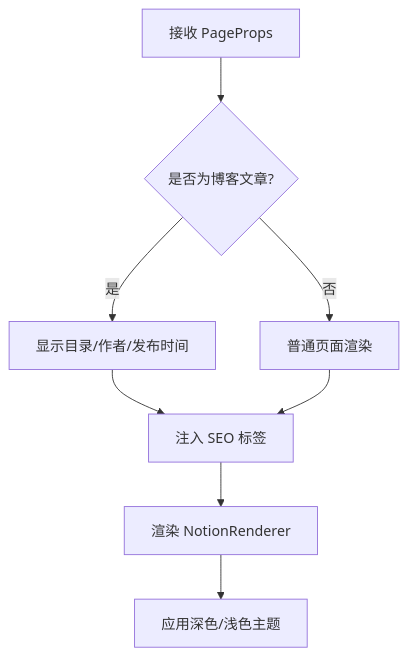
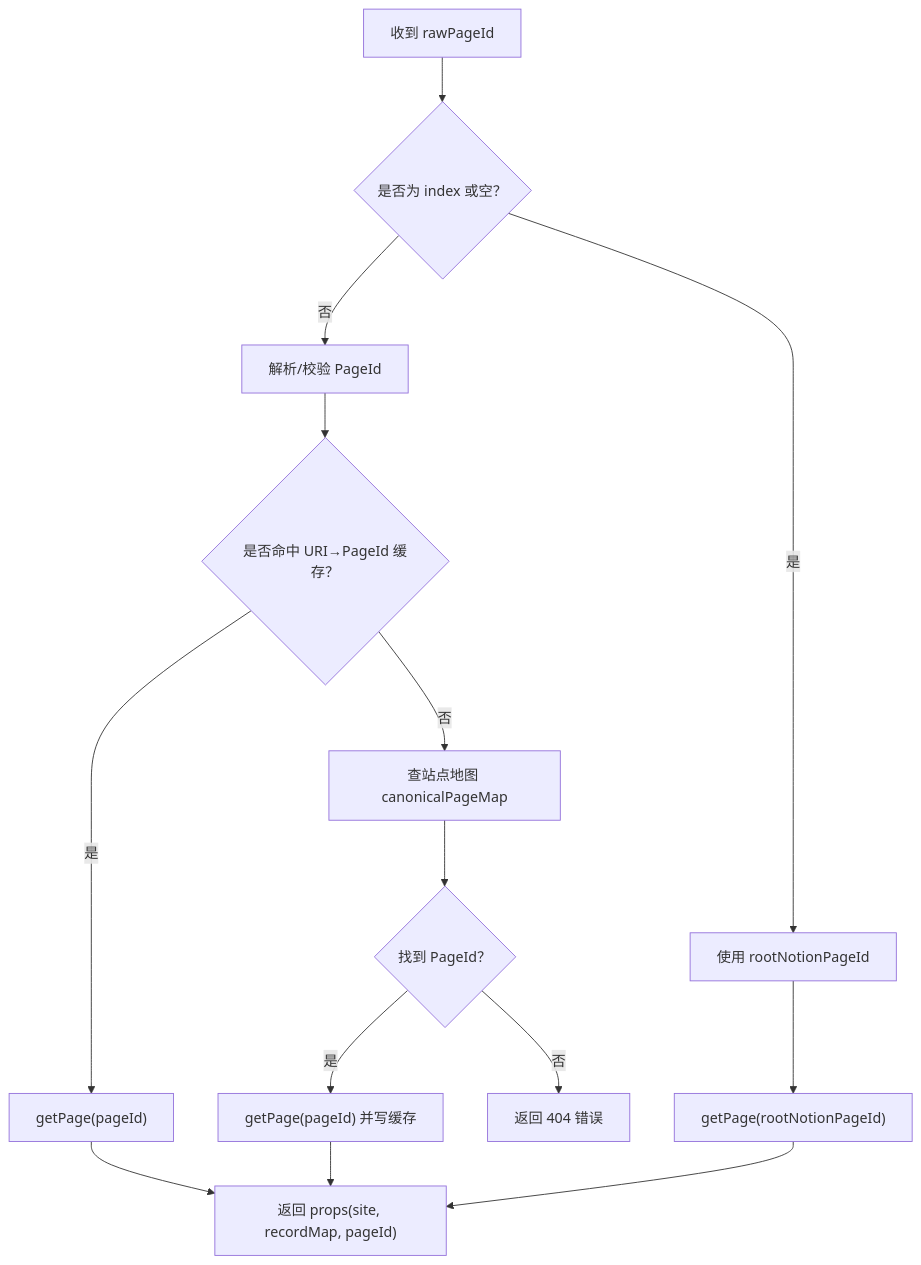
Before and after one commit to PhysicalMouse/nextjs-notion-starter-kit: the fifth of 7 diagrams in .qoder/repowiki/zh/content/项目概述.md, drawn with Mermaid. The commit also changed other lines of this file and 186 other files, not shown here.

````diff
--- a/.qoder/repowiki/zh/content/项目概述.md
+++ b/.qoder/repowiki/zh/content/项目概述.md
@@ -191,10 +220,16 @@
 ```mermaid
 flowchart TD
-A["接收 PageProps"] --> B{"是否为博客文章?"}
-B --> |是| C["显示目录/作者/发布时间"]
-B --> |否| D["普通页面渲染"]
-C --> E["注入 SEO 标签"]
-D --> E
-E --> F["渲染 NotionRenderer"]
-F --> G["应用深色/浅色主题"]
+A["收到 rawPageId"] --> B{"是否为 index 或空？"}
+B --> |是| C["使用 rootNotionPageId"]
+B --> |否| D["解析/校验 PageId"]
+D --> E{"是否命中 URI→PageId 缓存？"}
+E --> |是| F["getPage(pageId)"]
+E --> |否| G["查站点地图 canonicalPageMap"]
+G --> H{"找到 PageId？"}
+H --> |是| I["getPage(pageId) 并写缓存"]
+H --> |否| J["返回 404 错误"]
+C --> K["getPage(rootNotionPageId)"]
+F --> L["返回 props(site, recordMap, pageId)"]
+I --> L
+K --> L
 ```
````
